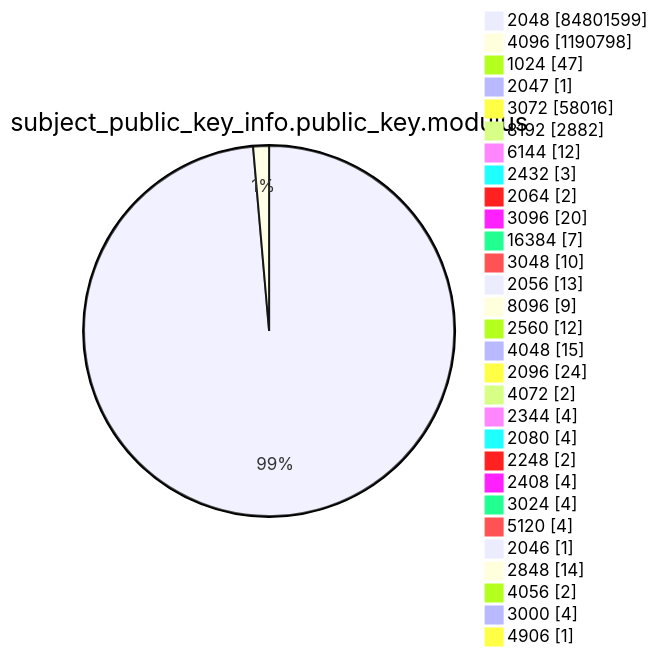
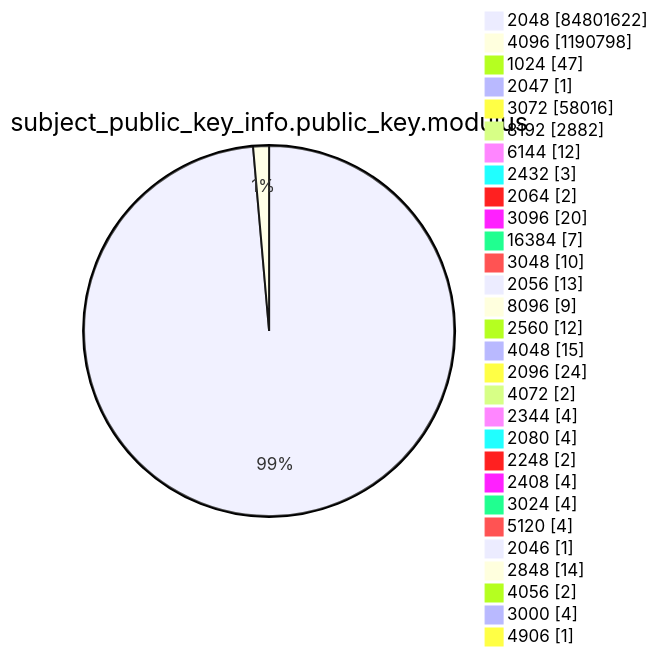
One commit to christiankrug/ctmonitor_visualization changed diagram 13 of 15 in xenon2023/README.md. Above: the diagram before and after it, drawn with Mermaid. The commit also changed other lines of this file, not shown here.

````diff
--- a/xenon2023/README.md
+++ b/xenon2023/README.md
@@ -2740,33 +2740,33 @@
 ```mermaid
 pie showData
 title subject_public_key_info.public_key.modulus
-"2048" :84801599
+"2048" :84801622
 "4096" :1190798
 "1024" :47
 "2047" :1
 "3072" :58016
 "8192" :2882
 "6144" :12
 "2432" :3
 "2064" :2
 "3096" :20
 "16384" :7
 "3048" :10
 "2056" :13
 "8096" :9
 "2560" :12
 "4048" :15
 "2096" :24
 "4072" :2
 "2344" :4
 "2080" :4
 "2248" :2
 "2408" :4
 "3024" :4
 "5120" :4
 "2046" :1
 "2848" :14
 "4056" :2
 "3000" :4
 "4906" :1
 ```
````
